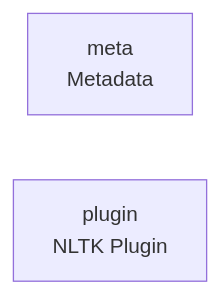
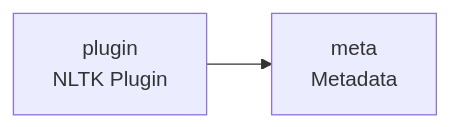
The diagram in README.md (cj-mills/cjm-text-plugin-nltk), drawn with Mermaid before and after one commit. The commit also changed other lines of this file and 5 other files, not shown here.

````diff
--- a/README.md
+++ b/README.md
@@ -22,5 +22,7 @@
 ``` mermaid
 graph LR
     meta[meta<br/>Metadata]
     plugin[plugin<br/>NLTK Plugin]
+
+    plugin --> meta
 ```
````
